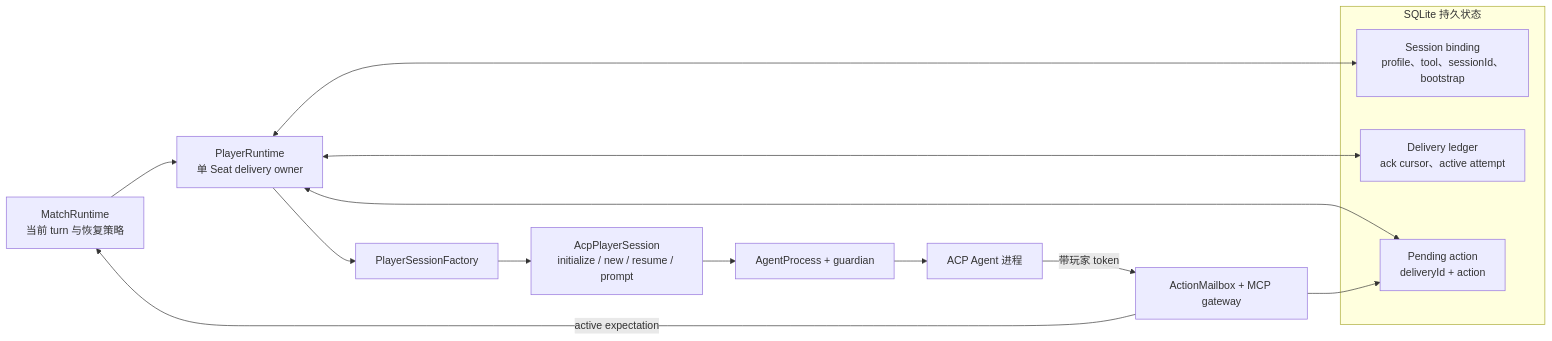
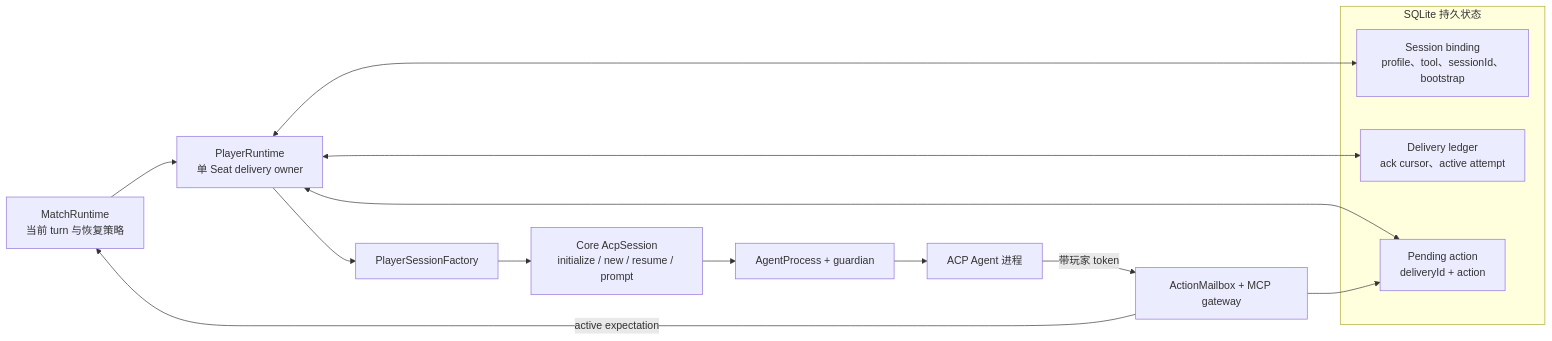
The first of 4 diagrams in docs/architecture/acp-session-runtime.md (renewboy/agentwolf), drawn with Mermaid before and after one commit. The commit also changed other lines of this file and 17 other files, not shown here.

````diff
--- a/docs/architecture/acp-session-runtime.md
+++ b/docs/architecture/acp-session-runtime.md
@@ -28,26 +29,26 @@
 ```mermaid
 flowchart LR
     Match["MatchRuntime<br/>当前 turn 与恢复策略"]
     Player["PlayerRuntime<br/>单 Seat delivery owner"]
 
     subgraph Persistent["SQLite 持久状态"]
         Binding["Session binding<br/>profile、tool、sessionId、bootstrap"]
         Ledger["Delivery ledger<br/>ack cursor、active attempt"]
         Pending["Pending action<br/>deliveryId + action"]
     end
 
     Factory["PlayerSessionFactory"]
-    Session["AcpPlayerSession<br/>initialize / new / resume / prompt"]
+    Session["Core AcpSession<br/>initialize / new / resume / prompt"]
     Process["AgentProcess + guardian"]
     Agent["ACP Agent 进程"]
     MCP["ActionMailbox + MCP gateway"]
 
     Match --> Player
     Player <--> Binding
     Player <--> Ledger
     Player <--> Pending
     Player --> Factory --> Session --> Process --> Agent
     Agent -->|"带玩家 token"| MCP
     MCP -->|"active expectation"| Match
     MCP --> Pending
 ```
````
